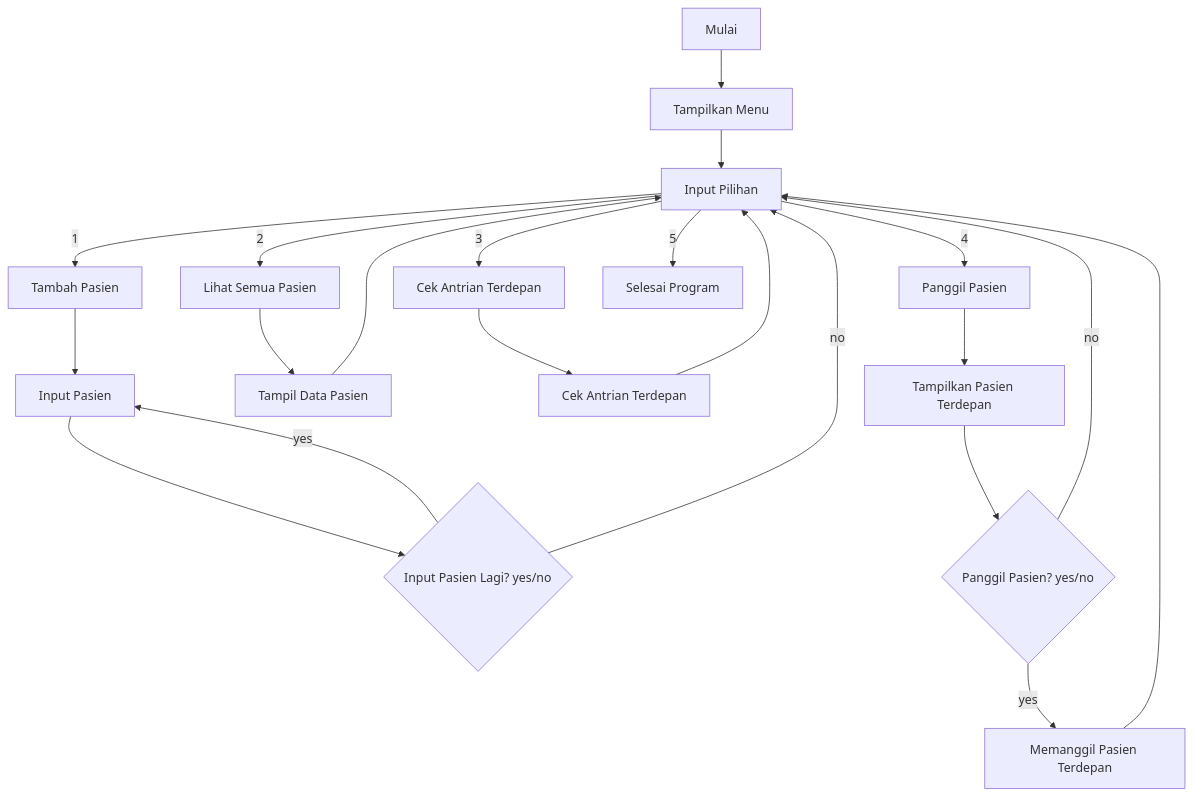
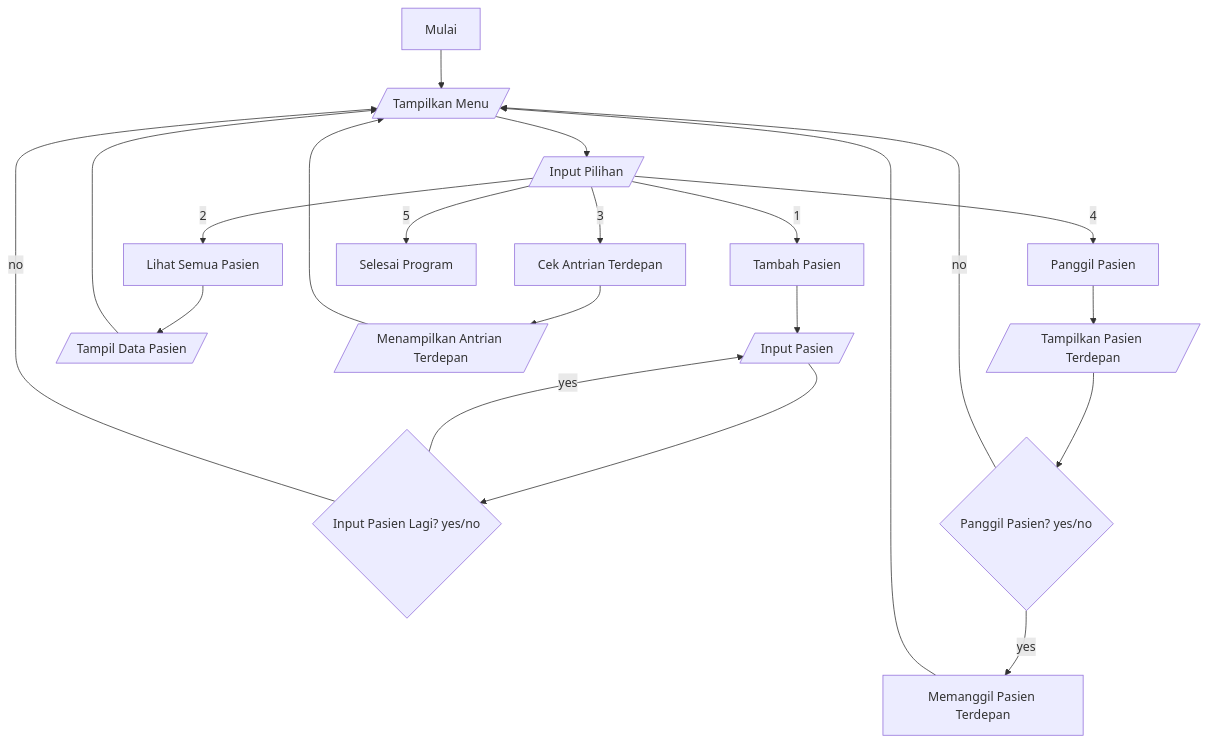
Before and after one commit to Keydak/PROJECT-UTS-STRUKTUR-DATA: the diagram in README.md, drawn with Mermaid.

Commit message:
Revisi Flowchart

````diff
--- a/README.md
+++ b/README.md
@@ -76,31 +76,31 @@
 ```mermaid
 flowchart TD
-    A[Mulai] --> B[Tampilkan Menu]
-    B --> C[Input Pilihan]
+    A[Mulai] --> B[/Tampilkan Menu/]
+    B --> C[/Input Pilihan/]
 
     C -->|1| D[Tambah Pasien]
     C -->|2| E[Lihat Semua Pasien]
     C -->|3| F[Cek Antrian Terdepan]
     C -->|4| G[Panggil Pasien]
 
 
-    D --> K[Input Pasien]
+    D --> K[/Input Pasien/]
     K --> Kondisi1{Input Pasien Lagi? yes/no}
     Kondisi1 --> |yes| K
-    Kondisi1 --> |no| C
+    Kondisi1 --> |no| B
 
-    E --> DataPasien[Tampil Data Pasien]
-    DataPasien --> C
+    E --> DataPasien[/Tampil Data Pasien/]
+    DataPasien --> B
 
-    F --> CekAntrianTerdepan[Cek Antrian Terdepan]
-    CekAntrianTerdepan --> C
+    F --> CekAntrianTerdepan[/Menampilkan Antrian Terdepan/]
+    CekAntrianTerdepan --> B
 
-    G --> PanggilPasien[Tampilkan Pasien Terdepan]
+    G --> PanggilPasien[/Tampilkan Pasien Terdepan/]
     PanggilPasien --> Kondisi2{Panggil Pasien? yes/no}
     Kondisi2 --> |yes| PanggilPasienProsess[Memanggil Pasien Terdepan]
-    PanggilPasienProsess --> C
-    Kondisi2 --> |no| C
+    PanggilPasienProsess --> B
+    Kondisi2 --> |no| B
 
 
     C -->|5| Z[Selesai Program]
 ```
````
